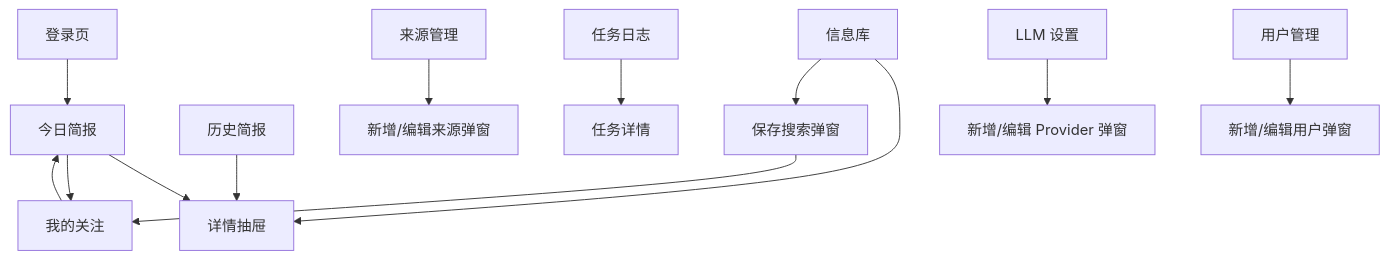
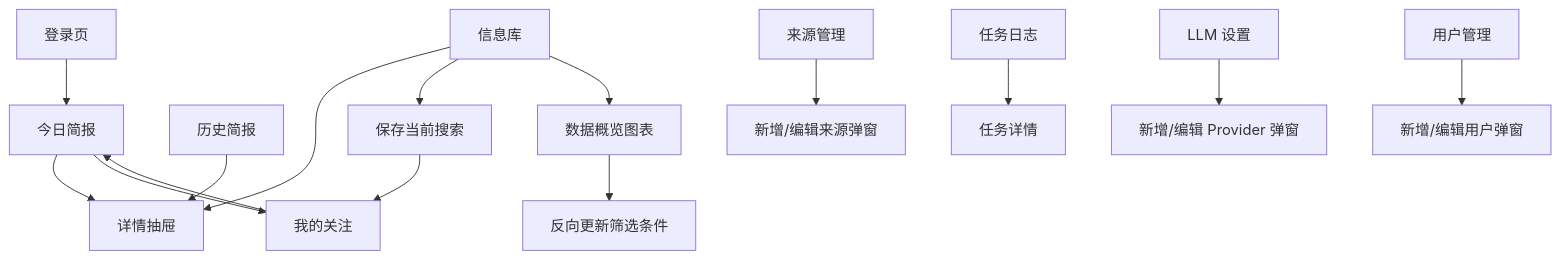
The first of 10 diagrams in docs/product/page-flow.md (ZJM189/Daily_News), drawn with Mermaid before and after one commit. The commit also changed other lines of this file and 20 other files, not shown here.

Commit message:
Add library analytics dashboard

````diff
--- a/docs/product/page-flow.md
+++ b/docs/product/page-flow.md
@@ -16,15 +16,17 @@
 ```mermaid
 flowchart TD
     Login[登录页] --> Today[今日简报]
     Today --> Detail[详情抽屉]
     History[历史简报] --> Detail
     Library[信息库] --> Detail
-    Library --> SaveSearch[保存搜索弹窗]
+    Library --> SaveSearch[保存当前搜索]
+    Library --> Analytics[数据概览图表]
+    Analytics --> LibraryFilter[反向更新筛选条件]
     SaveSearch --> Following[我的关注]
     Today --> Following
     Following --> Today
     AdminSources[来源管理] --> SourceModal[新增/编辑来源弹窗]
     AdminJobs[任务日志] --> JobDetail[任务详情]
     AdminLLM[LLM 设置] --> LLMModal[新增/编辑 Provider 弹窗]
     AdminUsers[用户管理] --> UserModal[新增/编辑用户弹窗]
 ```
````
